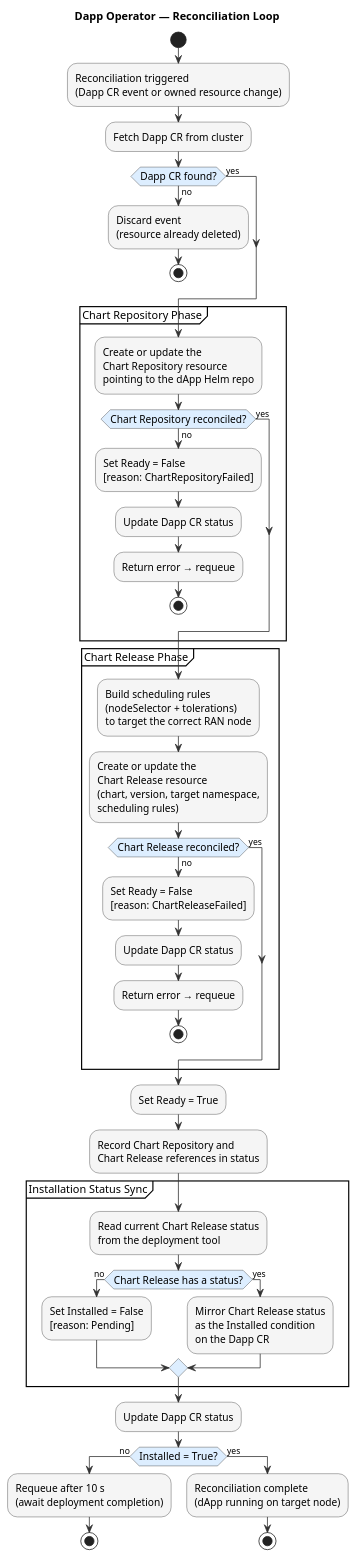
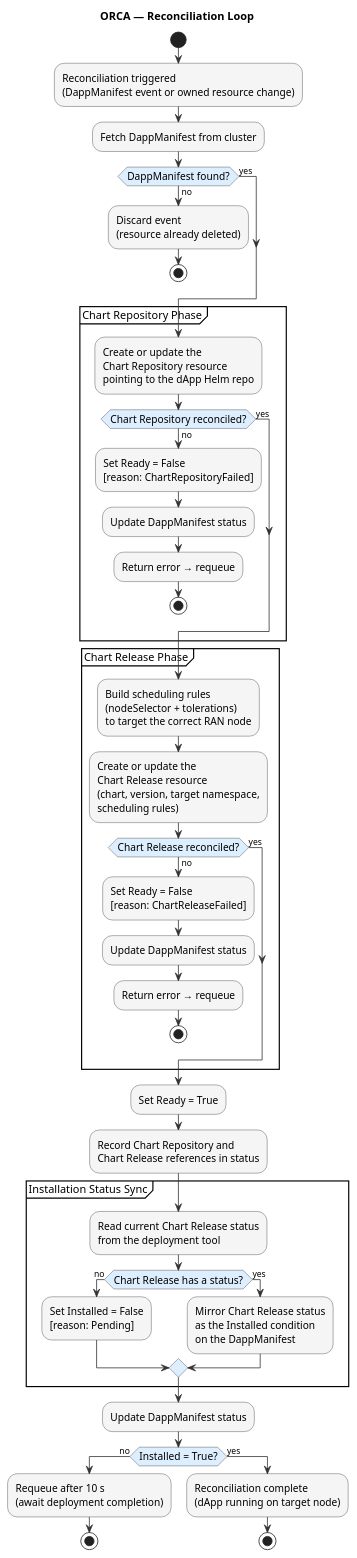
The diagram in docs/operator-activity-diagram.puml (pedromartinssouza/orca), drawn with PlantUML before and after one commit. The commit also changed 20 other files, not shown here.

First line of the commit message:
refactor: rename Dapp CRD/kind to DappManifest

```diff
--- a/docs/operator-activity-diagram.puml
+++ b/docs/operator-activity-diagram.puml
@@ -1,72 +1,72 @@
 @startuml operator-activity-diagram
 skinparam ActivityBorderColor #333333
 skinparam ActivityBackgroundColor #F5F5F5
 skinparam ActivityDiamondBackgroundColor #DDEEFF
 skinparam ArrowColor #333333
 skinparam ActivityFontSize 13
 skinparam DiamondFontSize 12
 
-title Dapp Operator — Reconciliation Loop
+title ORCA — Reconciliation Loop
 
 start
 
-:Reconciliation triggered\n(Dapp CR event or owned resource change);
+:Reconciliation triggered\n(DappManifest event or owned resource change);
 
-:Fetch Dapp CR from cluster;
+:Fetch DappManifest from cluster;
 
-if (Dapp CR found?) then (no)
+if (DappManifest found?) then (no)
   :Discard event\n(resource already deleted);
   stop
 else (yes)
 endif
 
 partition "Chart Repository Phase" {
   :Create or update the\nChart Repository resource\npointing to the dApp Helm repo;
 
   if (Chart Repository reconciled?) then (no)
     :Set Ready = False\n[reason: ChartRepositoryFailed];
-    :Update Dapp CR status;
+    :Update DappManifest status;
     :Return error → requeue;
     stop
   else (yes)
   endif
 }
 
 partition "Chart Release Phase" {
   :Build scheduling rules\n(nodeSelector + tolerations)\nto target the correct RAN node;
 
   :Create or update the\nChart Release resource\n(chart, version, target namespace,\nscheduling rules);
 
   if (Chart Release reconciled?) then (no)
     :Set Ready = False\n[reason: ChartReleaseFailed];
-    :Update Dapp CR status;
+    :Update DappManifest status;
     :Return error → requeue;
     stop
   else (yes)
   endif
 }
 
 :Set Ready = True;
 :Record Chart Repository and\nChart Release references in status;
 
 partition "Installation Status Sync" {
   :Read current Chart Release status\nfrom the deployment tool;
 
   if (Chart Release has a status?) then (no)
     :Set Installed = False\n[reason: Pending];
   else (yes)
-    :Mirror Chart Release status\nas the Installed condition\non the Dapp CR;
+    :Mirror Chart Release status\nas the Installed condition\non the DappManifest;
   endif
 }
 
-:Update Dapp CR status;
+:Update DappManifest status;
 
 if (Installed = True?) then (no)
   :Requeue after 10 s\n(await deployment completion);
   stop
 else (yes)
   :Reconciliation complete\n(dApp running on target node);
   stop
 endif
 
 @enduml
```
